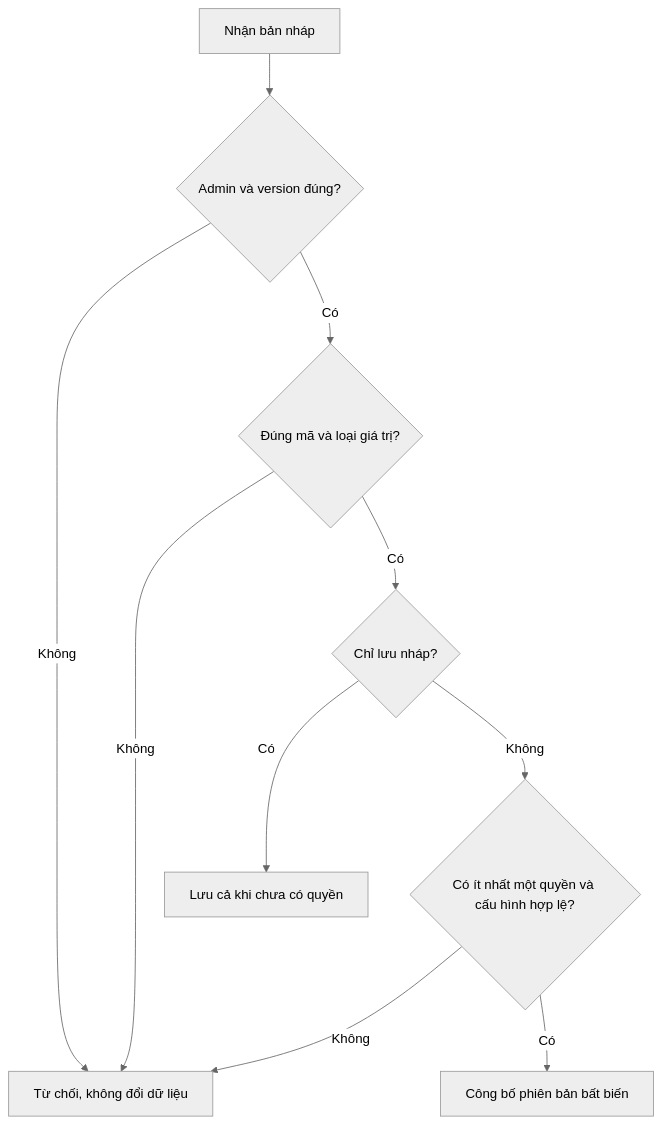
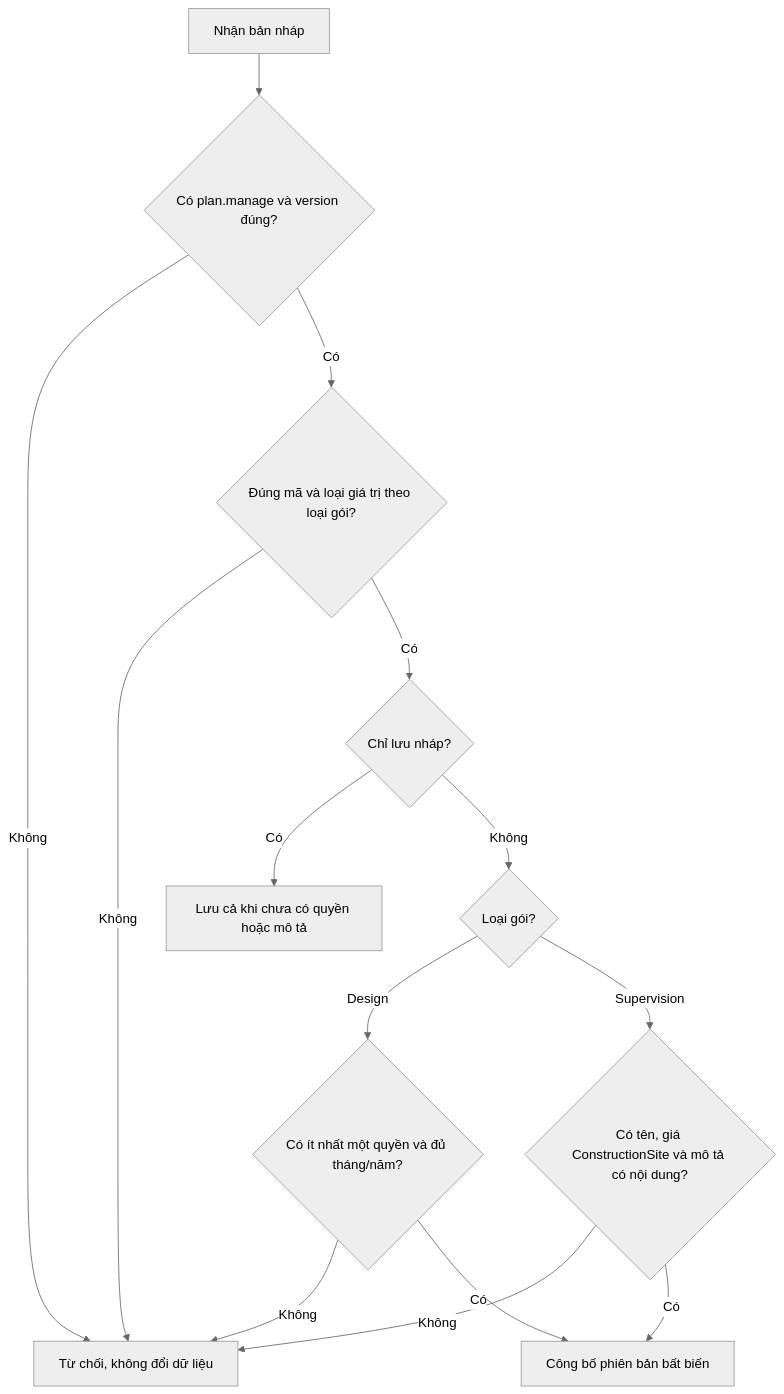
One commit to TaskCoper/bmt-documentation changed the third of 5 diagrams in tdd/TDD-SUB-001.md. Above: the diagram before and after it, drawn with Mermaid (neutral theme). The commit also changed other lines of this file and 19 other files, not shown here.

````diff
--- a/tdd/TDD-SUB-001.md
+++ b/tdd/TDD-SUB-001.md
@@ -215,12 +227,16 @@
 ```mermaid
 flowchart TD
-    A[Nhận bản nháp] --> B{Admin và version đúng?}
+    A[Nhận bản nháp] --> B{Có plan.manage và version đúng?}
     B -->|Không| X[Từ chối, không đổi dữ liệu]
-    B -->|Có| C{Đúng mã và loại giá trị?}
+    B -->|Có| C{Đúng mã và loại giá trị theo loại gói?}
     C -->|Không| X
     C -->|Có| D{Chỉ lưu nháp?}
-    D -->|Có| E[Lưu cả khi chưa có quyền]
-    D -->|Không| F{Có ít nhất một quyền và cấu hình hợp lệ?}
+    D -->|Có| E[Lưu cả khi chưa có quyền hoặc mô tả]
+    D -->|Không| K{Loại gói?}
+    K -->|Design| F{Có ít nhất một quyền và đủ tháng/năm?}
+    K -->|Supervision| S{Có tên, giá ConstructionSite và mô tả có nội dung?}
     F -->|Không| X
+    S -->|Không| X
     F -->|Có| G[Công bố phiên bản bất biến]
+    S -->|Có| G
 ```
````
